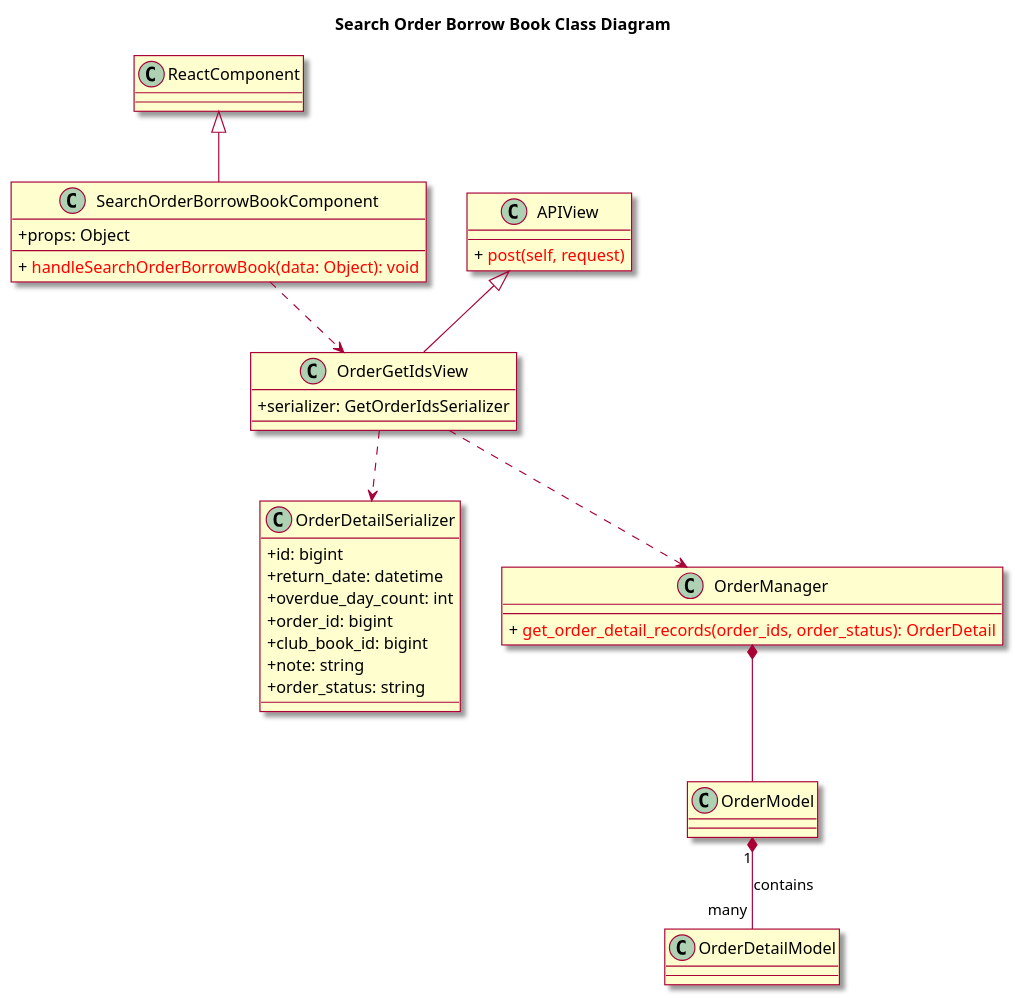
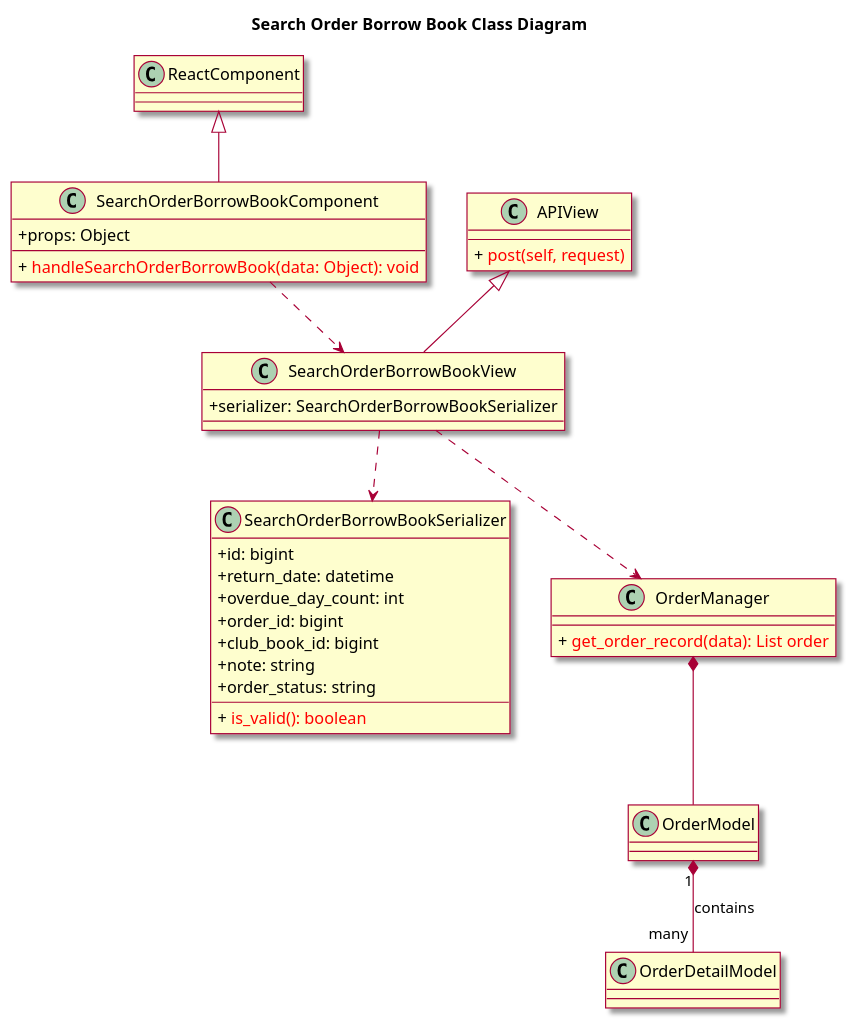
One commit to ljttl3q04t/Book-Over-There changed the diagram in uml/019-class-search-order-borrow-book.wsd. Above: the diagram before and after it, drawn with PlantUML. The commit also changed 5 other files, not shown here.

```diff
--- a/uml/019-class-search-order-borrow-book.wsd
+++ b/uml/019-class-search-order-borrow-book.wsd
@@ -1,47 +1,47 @@
 @startuml
 skin rose
 skinparam classAttributeIconSize 0
 
 title Search Order Borrow Book Class Diagram
 class ReactComponent
 
 class SearchOrderBorrowBookComponent {
 	+ props: Object
 	+ {method} <color:red> handleSearchOrderBorrowBook(data: Object): void
 }
 
-class OrderGetIdsView {
-	+ serializer: GetOrderIdsSerializer
+class SearchOrderBorrowBookView {
+	+ serializer: SearchOrderBorrowBookSerializer
 }
 
 class APIView {
 	+ {method} <color:red> post(self, request)
 }
-class OrderDetailSerializer {
+class SearchOrderBorrowBookSerializer {
 	+ id: bigint
     + return_date: datetime
     + overdue_day_count: int
 	+ order_id: bigint
 	+ club_book_id: bigint
 	+ note: string
 	+ order_status: string
-	
+	+ {method} <color:red> is_valid(): boolean
 }
 class OrderManager{
-    + {method} <color:red> get_order_detail_records(order_ids, order_status): OrderDetail
+    + {method} <color:red> get_order_record(data): List order
 }
 class OrderDetailModel{
 
 }
 class OrderModel{
 
 }
 ReactComponent <|-- SearchOrderBorrowBookComponent
-APIView <|-- OrderGetIdsView
-SearchOrderBorrowBookComponent ..> OrderGetIdsView
-OrderGetIdsView ..> OrderDetailSerializer
-OrderGetIdsView ..> OrderManager
+APIView <|-- SearchOrderBorrowBookView
+SearchOrderBorrowBookComponent ..> SearchOrderBorrowBookView
+SearchOrderBorrowBookView ..> SearchOrderBorrowBookSerializer
+SearchOrderBorrowBookView ..> OrderManager
 OrderManager *-- OrderModel
  
 OrderModel "1" *-- "many" OrderDetailModel : contains
 @enduml
```
